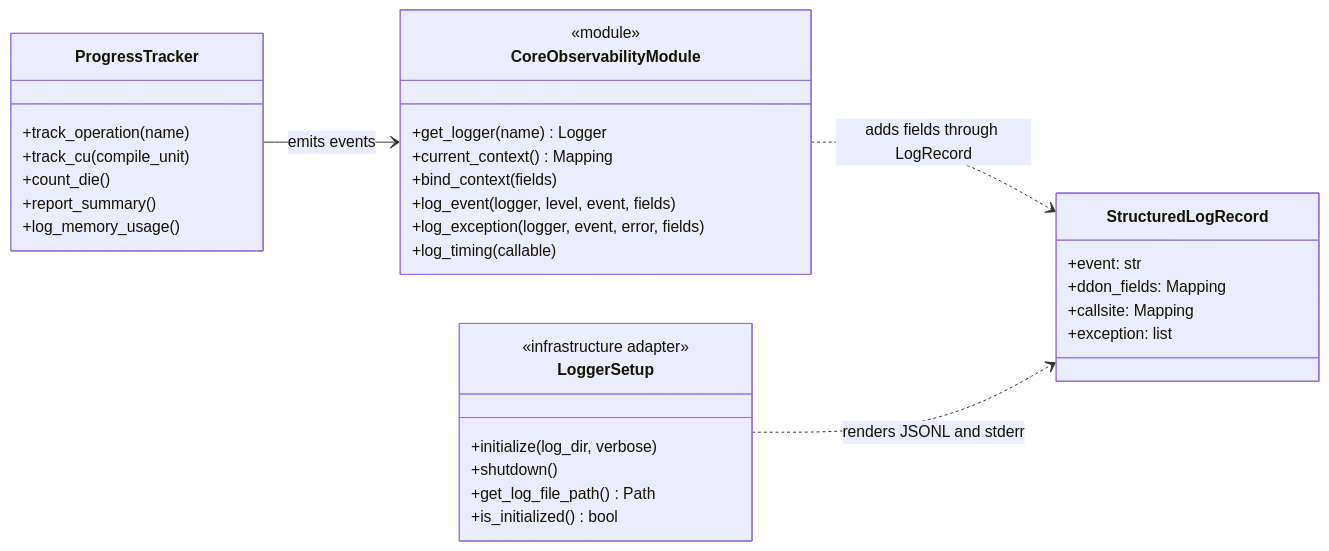
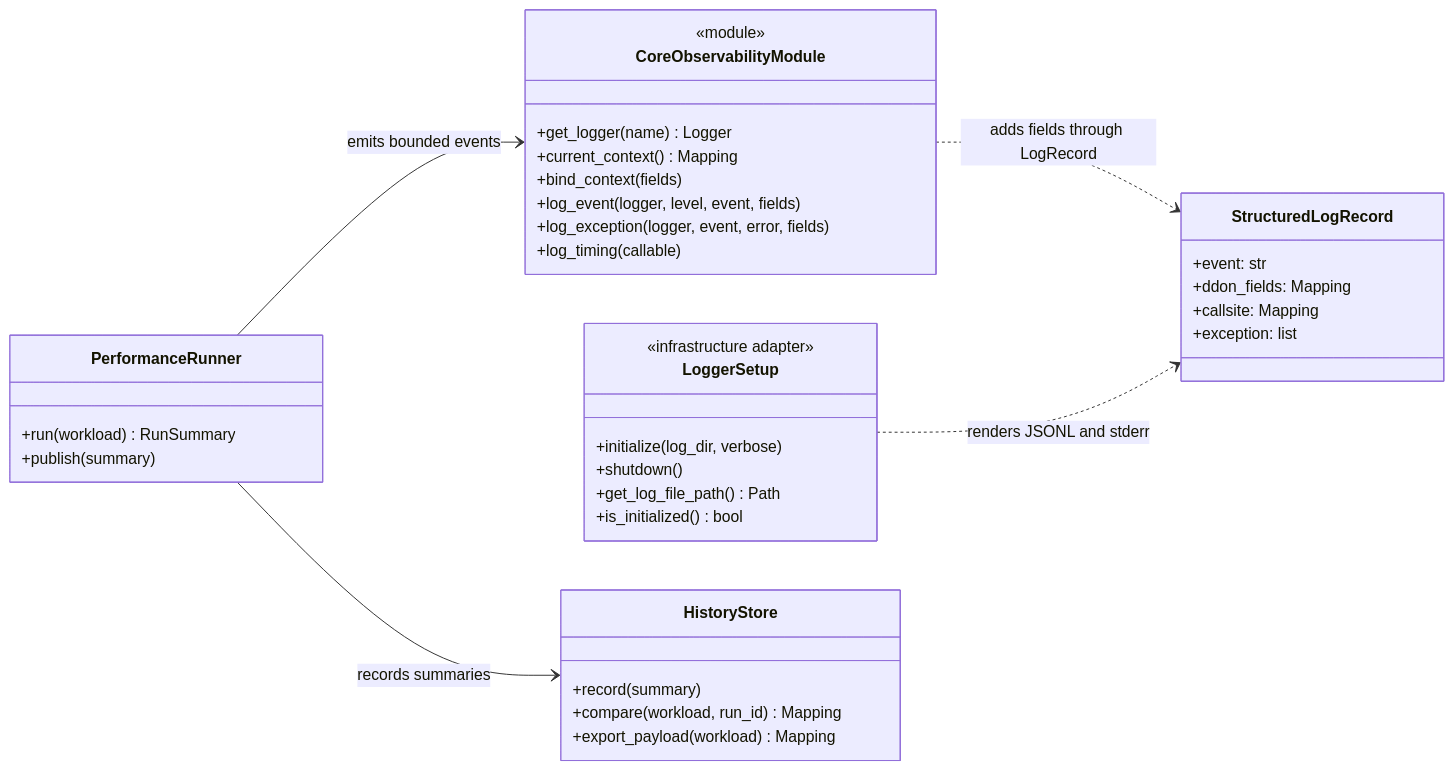
One commit to ddon-research/ddon-dwarf-reconstructor changed the second of 3 diagrams in docs/explanation/architecture/crosscutting-concepts.md. Above: the diagram before and after it, drawn with Mermaid. The commit also changed other lines of this file and 58 other files, not shown here.

````diff
--- a/docs/explanation/architecture/crosscutting-concepts.md
+++ b/docs/explanation/architecture/crosscutting-concepts.md
@@ -65,36 +69,39 @@
 ```mermaid
 classDiagram
 direction LR
 class CoreObservabilityModule {
     <<module>>
     +get_logger(name) Logger
     +current_context() Mapping
     +bind_context(fields)
     +log_event(logger, level, event, fields)
     +log_exception(logger, event, error, fields)
     +log_timing(callable)
 }
 class LoggerSetup {
     <<infrastructure adapter>>
     +initialize(log_dir, verbose)
     +shutdown()
     +get_log_file_path() Path
     +is_initialized() bool
 }
-class ProgressTracker {
-    +track_operation(name)
-    +track_cu(compile_unit)
-    +count_die()
-    +report_summary()
-    +log_memory_usage()
+class PerformanceRunner {
+    +run(workload) RunSummary
+    +publish(summary)
+}
+class HistoryStore {
+    +record(summary)
+    +compare(workload, run_id) Mapping
+    +export_payload(workload) Mapping
 }
 class StructuredLogRecord {
     +event: str
     +ddon_fields: Mapping
     +callsite: Mapping
     +exception: list
 }
 CoreObservabilityModule ..> StructuredLogRecord : adds fields through LogRecord
 LoggerSetup ..> StructuredLogRecord : renders JSONL and stderr
-ProgressTracker --> CoreObservabilityModule : emits events
+PerformanceRunner --> CoreObservabilityModule : emits bounded events
+PerformanceRunner --> HistoryStore : records summaries
 ```
````
